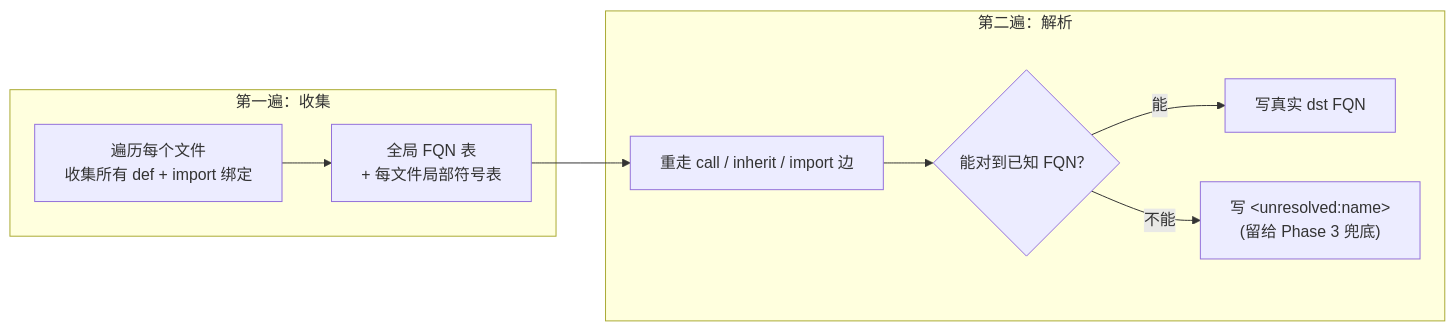
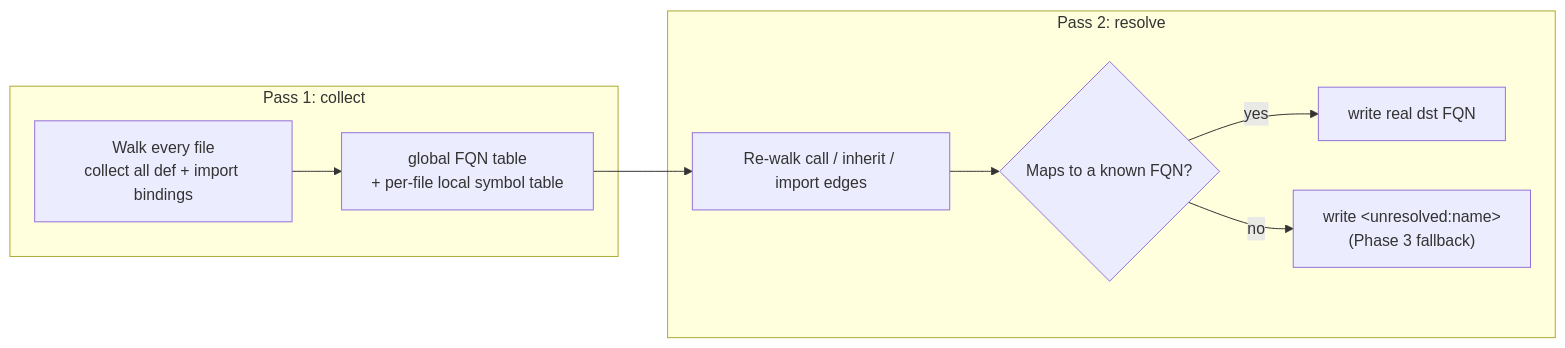
Before and after one commit to AndyUneducated/repo-sage: the second of 2 diagrams in docs/plans/phase-1-indexer.md, drawn with Mermaid. The commit also changed other lines of this file and 14 other files, not shown here.

````diff
--- a/docs/plans/phase-1-indexer.md
+++ b/docs/plans/phase-1-indexer.md
@@ -45,12 +45,12 @@
 ```mermaid
 flowchart LR
-  subgraph Pass1["第一遍：收集"]
-    P1["遍历每个文件<br/>收集所有 def + import 绑定"] --> Tbl["全局 FQN 表<br/>+ 每文件局部符号表"]
+  subgraph Pass1["Pass 1: collect"]
+    P1["Walk every file<br/>collect all def + import bindings"] --> Tbl["global FQN table<br/>+ per-file local symbol table"]
   end
-  subgraph Pass2["第二遍：解析"]
-    P2["重走 call / inherit / import 边"] --> Match{"能对到已知 FQN？"}
-    Match -->|能| Resolved["写真实 dst FQN"]
-    Match -->|不能| Unres["写 &lt;unresolved:name&gt;<br/>(留给 Phase 3 兜底)"]
+  subgraph Pass2["Pass 2: resolve"]
+    P2["Re-walk call / inherit / import edges"] --> Match{"Maps to a known FQN?"}
+    Match -->|yes| Resolved["write real dst FQN"]
+    Match -->|no| Unres["write &lt;unresolved:name&gt;<br/>(Phase 3 fallback)"]
   end
   Tbl --> P2
 ```
````
